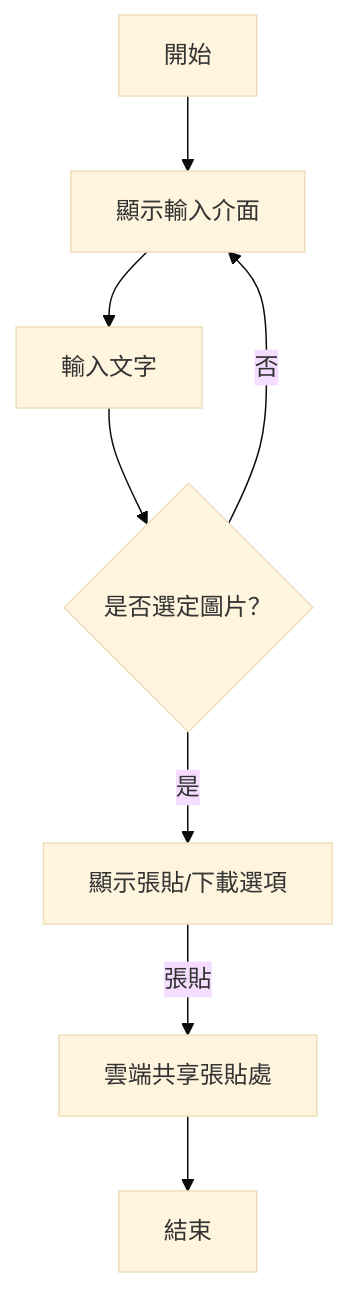
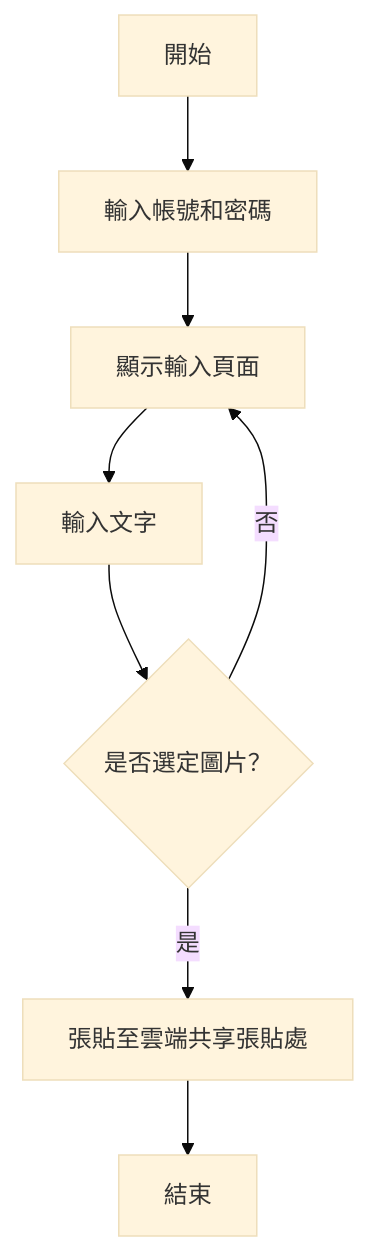
One commit to pyparty2/Generative-Ai changed the fourth of 6 diagrams in HW5.md. Above: the diagram before and after it, drawn with Mermaid (base theme). The commit also changed other lines of this file, not shown here.

````diff
--- a/HW5.md
+++ b/HW5.md
@@ -50,10 +52,10 @@
 ```mermaid
 flowchart TD
-    A[開始] --> B[顯示輸入介面]
-    B --> C[輸入文字]  
-    C --> D{是否選定圖片？}
-    D -- 是 --> E[顯示張貼/下載選項]
-    D -- 否 --> B
-    E -- 張貼 --> F[雲端共享張貼處]
+    A[開始] --> B[輸入帳號和密碼]
+    B --> C[顯示輸入頁面] 
+    C --> D[輸入文字] 
+    D --> E{是否選定圖片？}
+    E -- 是 --> F[張貼至雲端共享張貼處]
+    E -- 否 --> C
     F --> G[結束]
 ```
````
